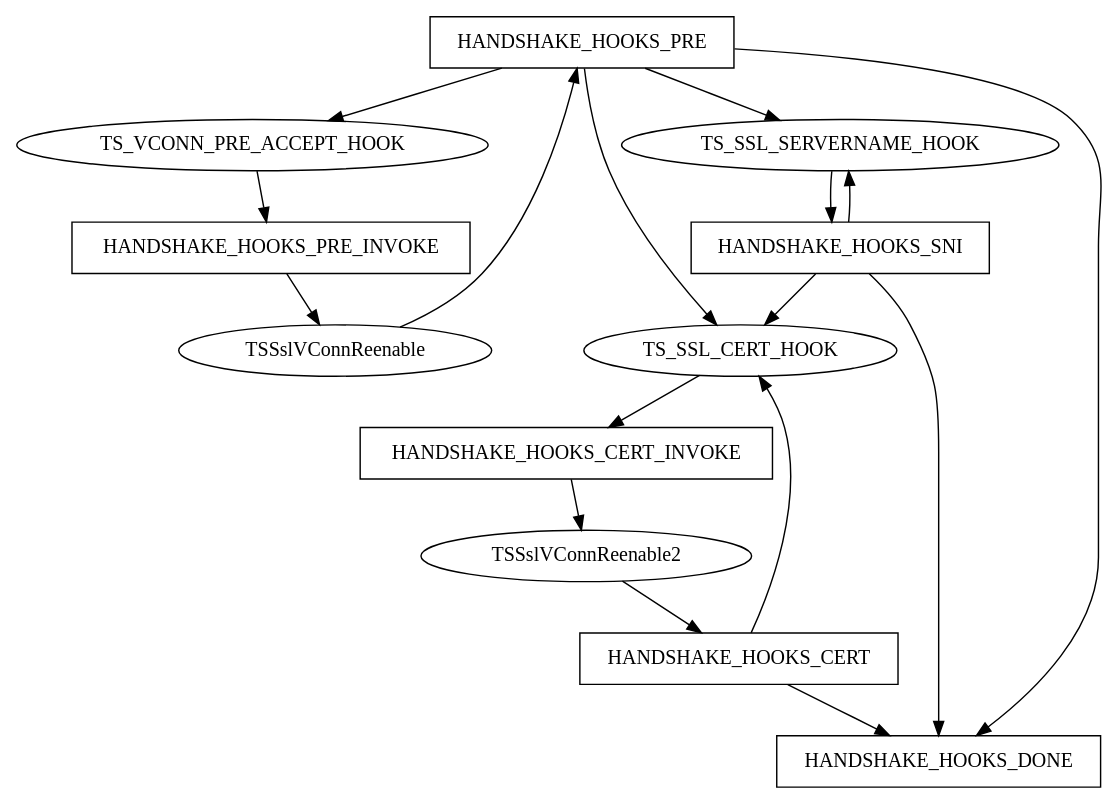
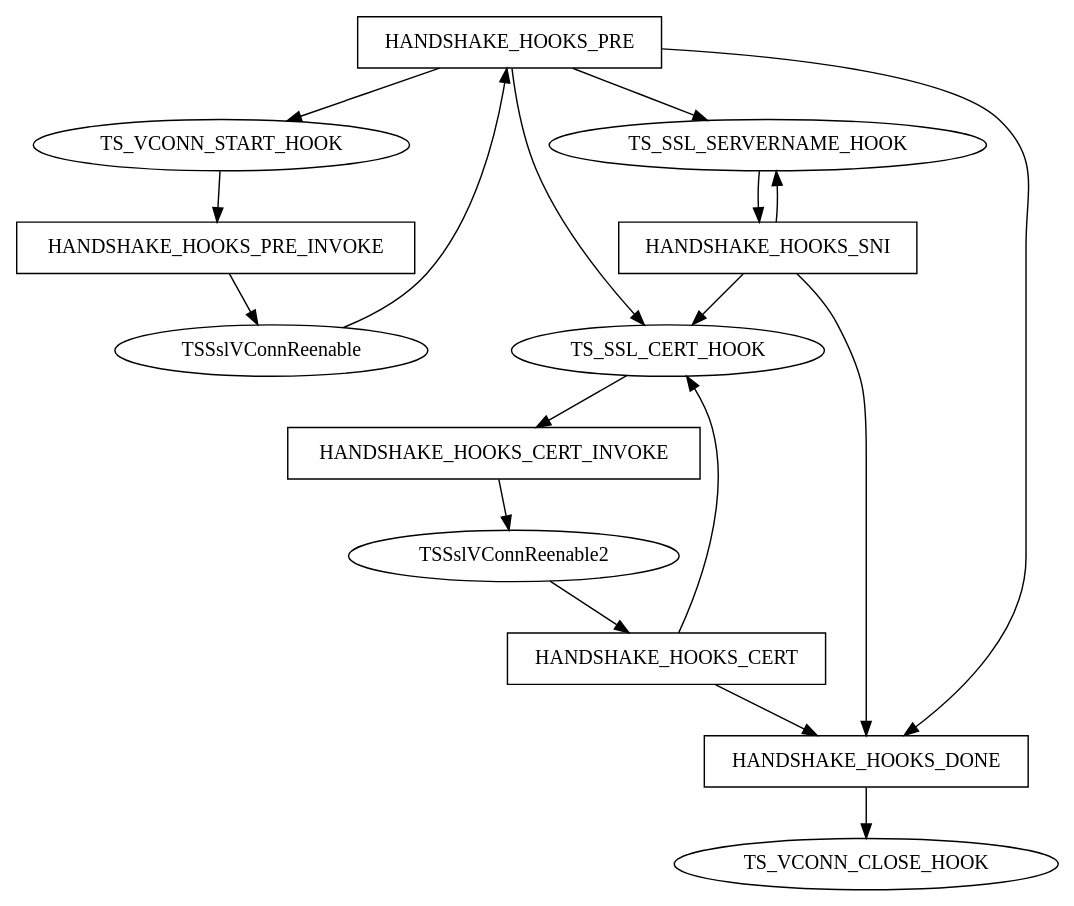
One commit to apache/trafficserver changed the diagram in doc/developer-guide/plugins/hooks-and-transactions/ssl-hooks.en.rst. Above: the diagram before and after it, drawn with Graphviz. The commit also changed other lines of this file and 19 other files, not shown here.

First line of the commit message:
Added VConn args support Changed TS_VCONN_PRE_ACCEPT to TS_VCONN_START Added TS_VCONN_CLOSE hooks Fixed docs for TS_VCONN_PRE_ACCEPT renaming to TS_VCONN_START and added docs for TSVconnArgs Added an example plugin vconn_args to test

```diff
--- a/doc/developer-guide/plugins/hooks-and-transactions/ssl-hooks.en.rst
+++ b/doc/developer-guide/plugins/hooks-and-transactions/ssl-hooks.en.rst
@@ -85,28 +90,29 @@
 .. graphviz::
    :alt: TLS Hook State Diagram
 
    digraph tls_hook_state_diagram{
-     HANDSHAKE_HOOKS_PRE -> TS_VCONN_PRE_ACCEPT_HOOK;
+     HANDSHAKE_HOOKS_PRE -> TS_VCONN_START_HOOK;
      HANDSHAKE_HOOKS_PRE -> TS_SSL_CERT_HOOK;
      HANDSHAKE_HOOKS_PRE -> TS_SSL_SERVERNAME_HOOK;
      HANDSHAKE_HOOKS_PRE -> HANDSHAKE_HOOKS_DONE;
-     TS_VCONN_PRE_ACCEPT_HOOK -> HANDSHAKE_HOOKS_PRE_INVOKE;
+     TS_VCONN_START_HOOK -> HANDSHAKE_HOOKS_PRE_INVOKE;
      HANDSHAKE_HOOKS_PRE_INVOKE -> TSSslVConnReenable;
      TSSslVConnReenable -> HANDSHAKE_HOOKS_PRE;
      TS_SSL_SERVERNAME_HOOK -> HANDSHAKE_HOOKS_SNI;
      HANDSHAKE_HOOKS_SNI -> TS_SSL_SERVERNAME_HOOK;
      HANDSHAKE_HOOKS_SNI -> TS_SSL_CERT_HOOK;
      HANDSHAKE_HOOKS_SNI -> HANDSHAKE_HOOKS_DONE;
      HANDSHAKE_HOOKS_CERT -> TS_SSL_CERT_HOOK;
      TS_SSL_CERT_HOOK -> HANDSHAKE_HOOKS_CERT_INVOKE;
      HANDSHAKE_HOOKS_CERT_INVOKE -> TSSslVConnReenable2;
      TSSslVConnReenable2 -> HANDSHAKE_HOOKS_CERT;
      HANDSHAKE_HOOKS_CERT -> HANDSHAKE_HOOKS_DONE;
+     HANDSHAKE_HOOKS_DONE -> TS_VCONN_CLOSE_HOOK;
 
      HANDSHAKE_HOOKS_PRE [shape=box];
      HANDSHAKE_HOOKS_PRE_INVOKE [shape=box];
      HANDSHAKE_HOOKS_SNI [shape=box];
      HANDSHAKE_HOOKS_CERT [shape=box];
      HANDSHAKE_HOOKS_CERT_INVOKE [shape=box];
      HANDSHAKE_HOOKS_DONE [shape=box];
    }
```
